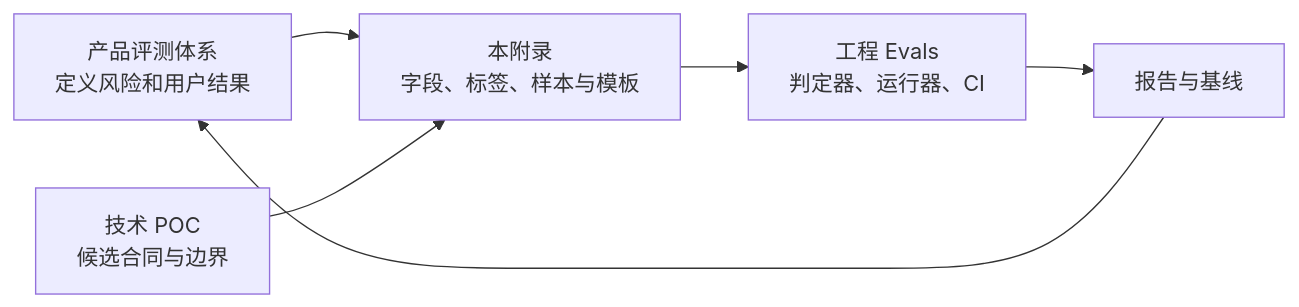
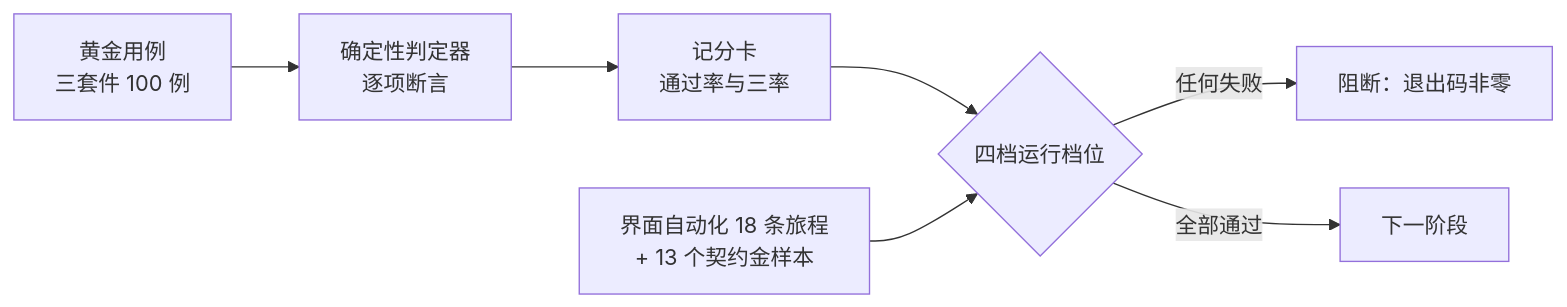
The diagram in docs/球球全套资料/8.附录/附录I-评测标准、黄金集与回归数据规范.md (weiz98417-crypto/qiuqiu), drawn with Mermaid before and after one commit. The commit also changed other lines of this file and 19 other files, not shown here.

````diff
--- a/docs/球球全套资料/8.附录/附录I-评测标准、黄金集与回归数据规范.md
+++ b/docs/球球全套资料/8.附录/附录I-评测标准、黄金集与回归数据规范.md
@@ -12,8 +13,9 @@
 ```mermaid
 flowchart LR
-    P[产品评测体系<br/>定义风险和用户结果] --> A[本附录<br/>字段、标签、样本与模板]
-    T[技术 POC<br/>候选合同与边界] --> A
-    A --> E[工程 Evals<br/>判定器、运行器、CI]
-    E --> R[报告与基线]
-    R --> P
+    C[黄金用例<br/>三套件 100 例] --> G[确定性判定器<br/>逐项断言]
+    G --> S[记分卡<br/>通过率与三率]
+    S --> T{四档运行档位}
+    T -->|任何失败| F[阻断：退出码非零]
+    T -->|全部通过| N[下一阶段]
+    U[界面自动化 18 条旅程<br/>+ 13 个契约金样本] --> T
 ```
````
